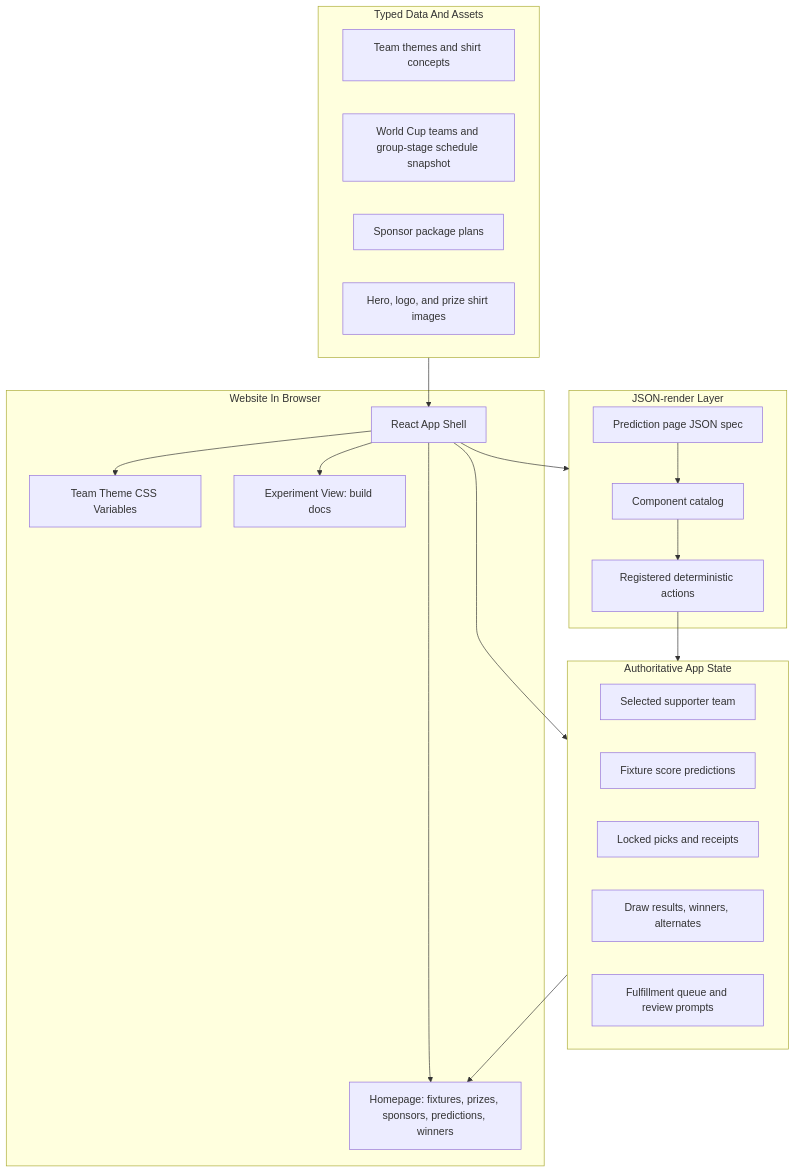
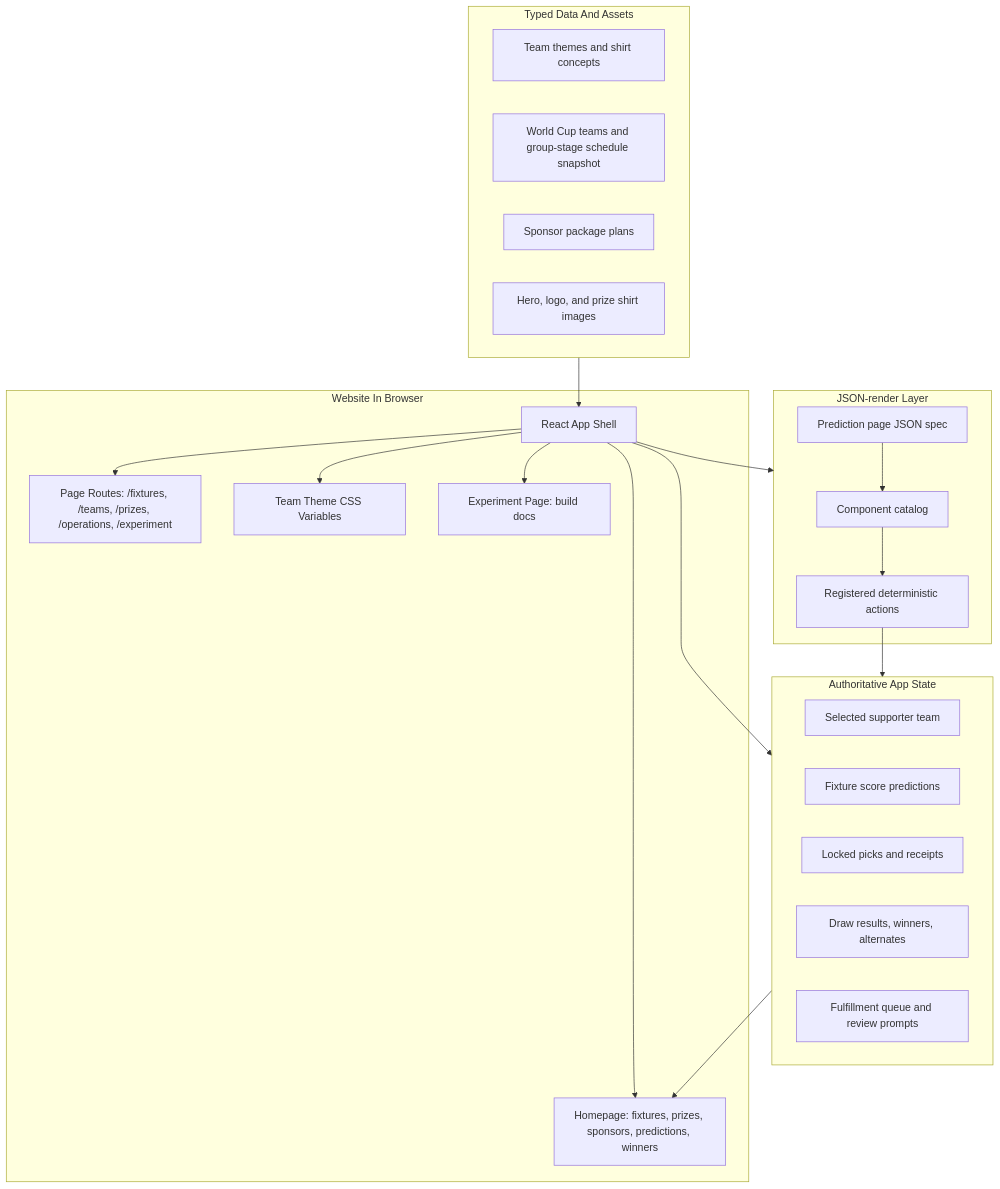
One commit to moeghashim/world-cup changed the second of 3 diagrams in WEBSITE_FLOW.md. Above: the diagram before and after it, drawn with Mermaid. The commit also changed other lines of this file and 7 other files, not shown here.

Commit message:
Use page routes instead of hash navigation

````diff
--- a/WEBSITE_FLOW.md
+++ b/WEBSITE_FLOW.md
@@ -31,41 +51,43 @@
 ```mermaid
 flowchart TB
   subgraph Browser["Website In Browser"]
     App["React App Shell"]
+    Routes["Page Routes: /fixtures, /teams, /prizes, /operations, /experiment"]
     Theme["Team Theme CSS Variables"]
     Home["Homepage: fixtures, prizes, sponsors, predictions, winners"]
-    Experiment["Experiment View: build docs"]
+    Experiment["Experiment Page: build docs"]
   end
 
   subgraph State["Authoritative App State"]
     SelectedTeam["Selected supporter team"]
     FixtureScores["Fixture score predictions"]
     LockedPicks["Locked picks and receipts"]
     DrawResults["Draw results, winners, alternates"]
     Fulfillment["Fulfillment queue and review prompts"]
   end
 
   subgraph SpecLayer["JSON-render Layer"]
     Catalog["Component catalog"]
     Spec["Prediction page JSON spec"]
     Actions["Registered deterministic actions"]
   end
 
   subgraph Data["Typed Data And Assets"]
     Teams["Team themes and shirt concepts"]
     Schedule["World Cup teams and group-stage schedule snapshot"]
     Sponsors["Sponsor package plans"]
     Images["Hero, logo, and prize shirt images"]
   end
 
   App --> Theme
+  App --> Routes
   App --> Home
   App --> Experiment
   App --> State
   App --> SpecLayer
   Spec --> Catalog
   Catalog --> Actions
   Actions --> State
   State --> Home
   Data --> App
 ```
````
